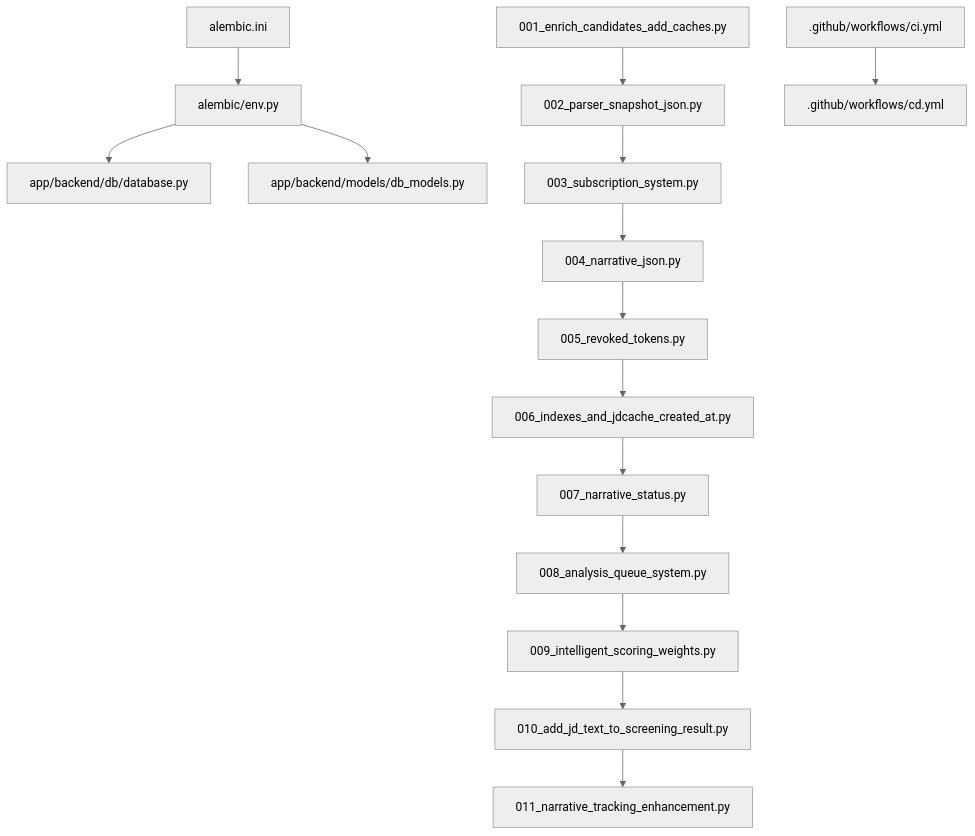
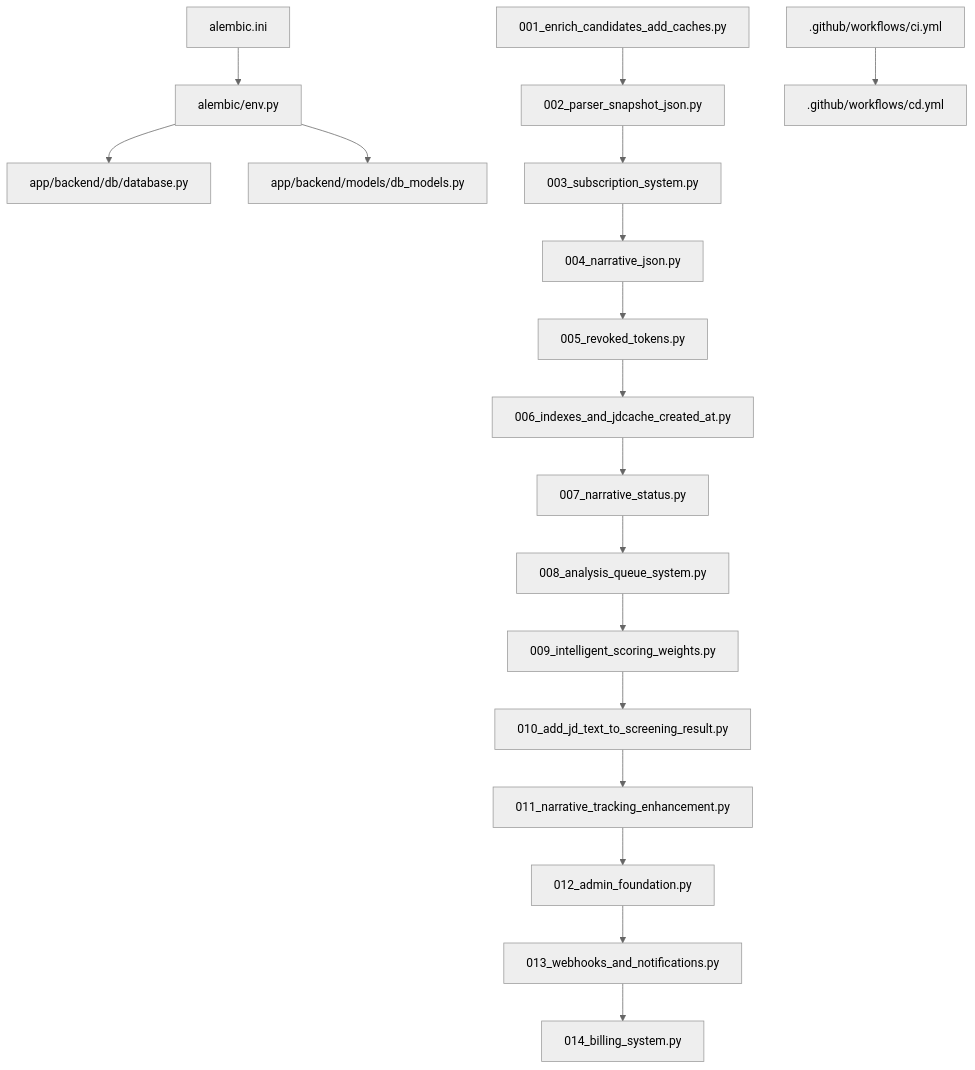
One commit to Revanththetalogics/aireume changed diagram 13 of 13 in .qoder/repowiki/en/content/Database Design/Migration Management.md. Above: the diagram before and after it, drawn with Mermaid (neutral theme). The commit also changed other lines of this file and 4 other files, not shown here.

````diff
--- a/.qoder/repowiki/en/content/Database Design/Migration Management.md
+++ b/.qoder/repowiki/en/content/Database Design/Migration Management.md
@@ -550,17 +618,20 @@
 ```mermaid
 graph TB
 A["alembic.ini"] --> B["alembic/env.py"]
 B --> C["app/backend/db/database.py"]
 B --> D["app/backend/models/db_models.py"]
 E["001_enrich_candidates_add_caches.py"] --> F["002_parser_snapshot_json.py"]
 F --> G["003_subscription_system.py"]
 G --> H["004_narrative_json.py"]
 H --> I["005_revoked_tokens.py"]
 I --> J["006_indexes_and_jdcache_created_at.py"]
 J --> K["007_narrative_status.py"]
 K --> L["008_analysis_queue_system.py"]
 L --> M["009_intelligent_scoring_weights.py"]
 M --> N["010_add_jd_text_to_screening_result.py"]
 N --> O["011_narrative_tracking_enhancement.py"]
-P[".github/workflows/ci.yml"] --> Q[".github/workflows/cd.yml"]
+O --> P["012_admin_foundation.py"]
+P --> Q["013_webhooks_and_notifications.py"]
+Q --> R["014_billing_system.py"]
+S[".github/workflows/ci.yml"] --> T[".github/workflows/cd.yml"]
 ```
````
